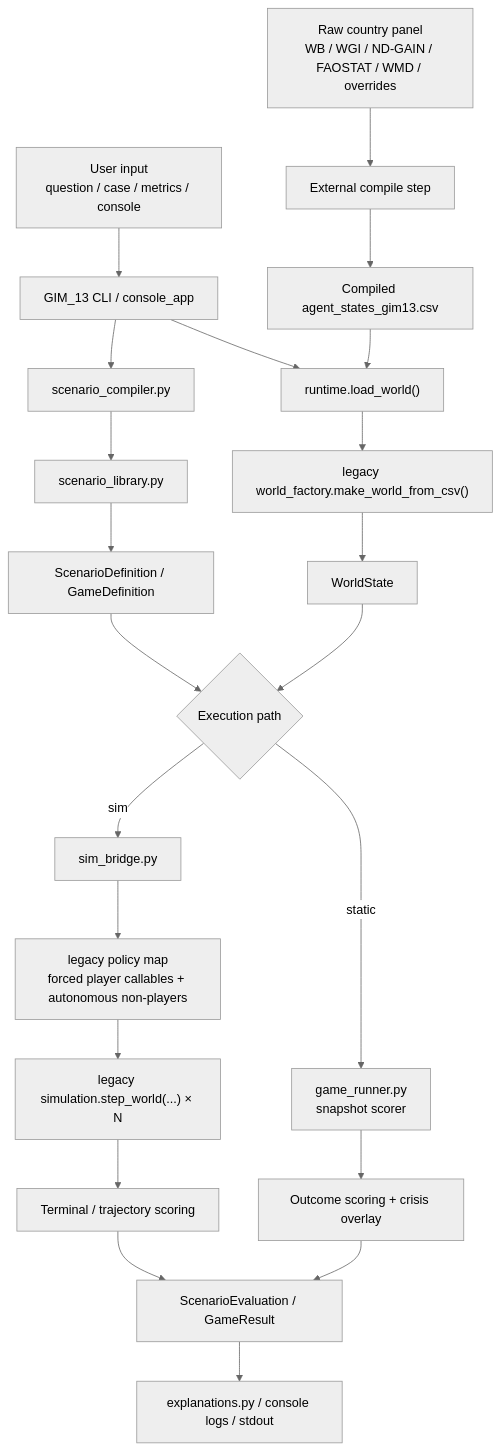
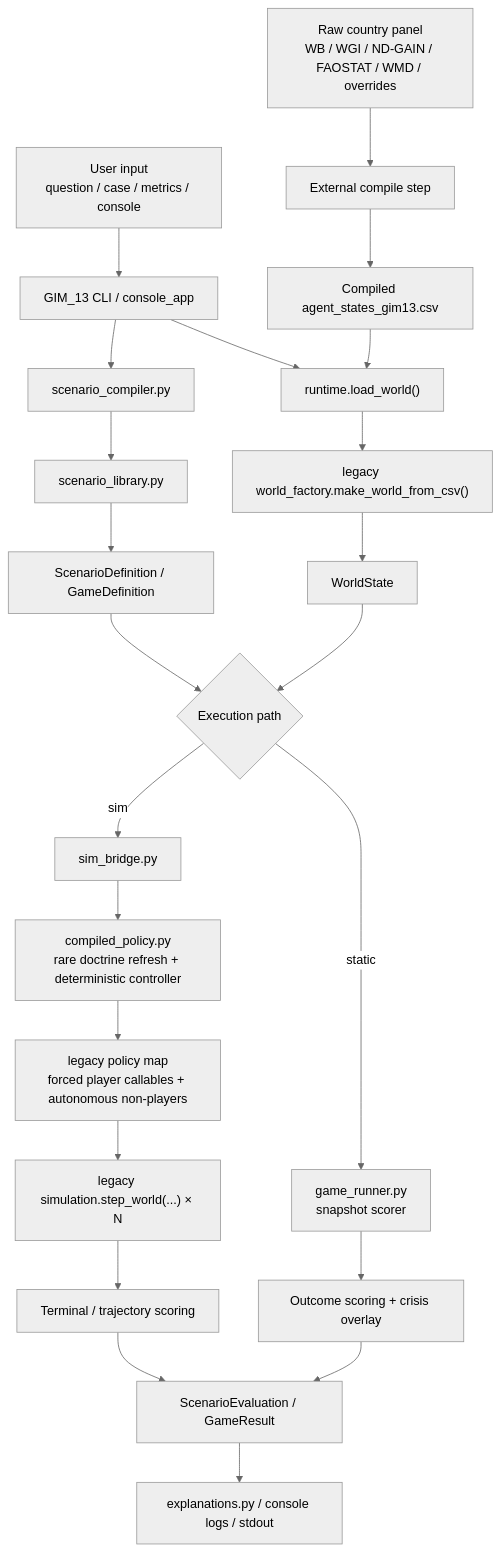
Before and after one commit to Theclimateguy/GIM: the first of 3 diagrams in README.md, drawn with Mermaid (neutral theme). The commit also changed other lines of this file and 17 other files, not shown here.

````diff
--- a/README.md
+++ b/README.md
@@ -63,30 +65,31 @@
 ```mermaid
 flowchart TD
     A["User input<br/>question / case / metrics / console"] --> B["GIM_13 CLI / console_app"]
     B --> C["runtime.load_world()"]
     C --> D["legacy world_factory.make_world_from_csv()"]
     D --> E["WorldState"]
 
     B --> F["scenario_compiler.py"]
     F --> G["scenario_library.py"]
     G --> H["ScenarioDefinition / GameDefinition"]
 
     E --> I{"Execution path"}
     H --> I
 
     I -->|static| J["game_runner.py<br/>snapshot scorer"]
     J --> K["Outcome scoring + crisis overlay"]
     K --> L["ScenarioEvaluation / GameResult"]
 
     I -->|sim| M["sim_bridge.py"]
-    M --> N["legacy policy map<br/>forced player callables + autonomous non-players"]
+    M --> M1["compiled_policy.py<br/>rare doctrine refresh + deterministic controller"]
+    M1 --> N["legacy policy map<br/>forced player callables + autonomous non-players"]
     N --> O["legacy simulation.step_world(...) × N"]
     O --> P["Terminal / trajectory scoring"]
     P --> L
 
     L --> Q["explanations.py / console logs / stdout"]
 
     R["Raw country panel<br/>WB / WGI / ND-GAIN / FAOSTAT / WMD / overrides"] --> S["External compile step"]
     S --> T["Compiled agent_states_gim13.csv"]
     T --> C
 ```
````
